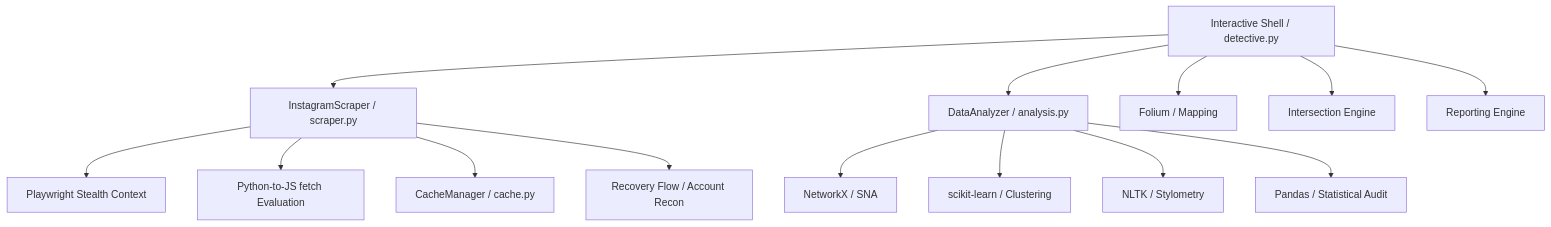
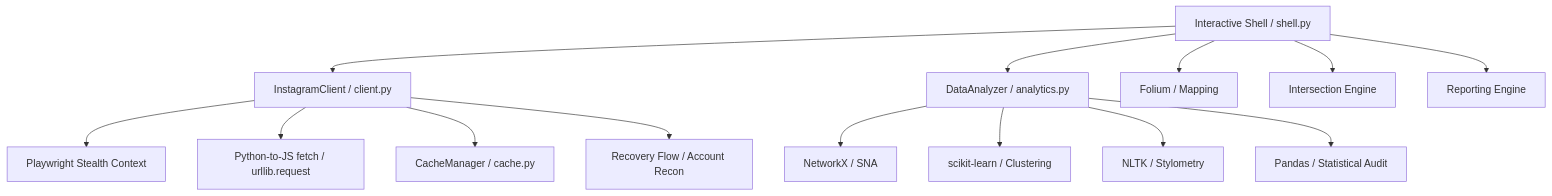
Before and after one commit to shredzwho/IG-Detective: the diagram in DOCUMENTATION.md, drawn with Mermaid. The commit also changed other lines of this file and 2 other files, not shown here.

Commit message:
docs: Update README, architecture flow, and contribution guidelines with evasion/tuning logic

````diff
--- a/DOCUMENTATION.md
+++ b/DOCUMENTATION.md
@@ -46,16 +46,16 @@
 ```mermaid
 graph TD
-    A[Interactive Shell / detective.py] --> B[InstagramScraper / scraper.py]
-    A --> C[DataAnalyzer / analysis.py]
+    A[Interactive Shell / shell.py] --> B[InstagramClient / client.py]
+    A --> C[DataAnalyzer / analytics.py]
     B --> D[Playwright Stealth Context]
-    B --> E[Python-to-JS fetch Evaluation]
+    B --> E[Python-to-JS fetch / urllib.request]
     B --> F[CacheManager / cache.py]
     B --> K[Recovery Flow / Account Recon]
     C --> G[NetworkX / SNA]
     C --> H[scikit-learn / Clustering]
     C --> L[NLTK / Stylometry]
     C --> M[Pandas / Statistical Audit]
     A --> I[Folium / Mapping]
     A --> O[Intersection Engine]
     A --> J[Reporting Engine]
 ```
````
